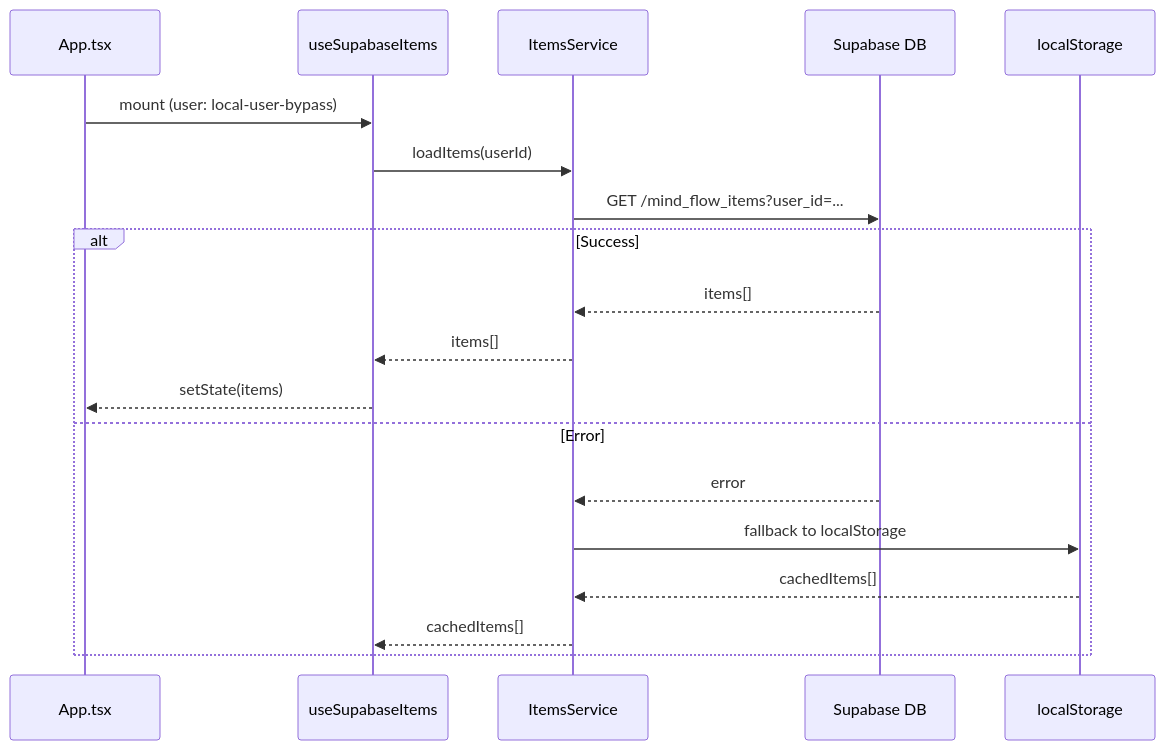
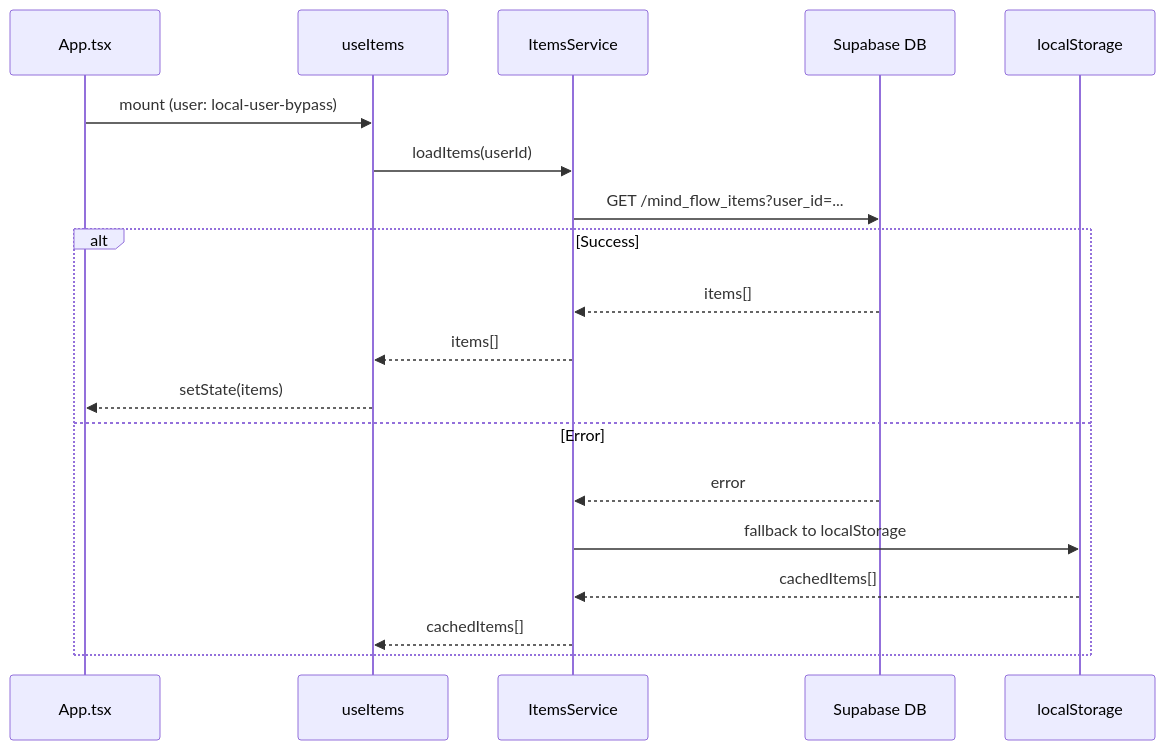
Before and after one commit to guilhermexp/zenith-tasks: the sixth of 6 diagrams in docs/architecture/README.md, drawn with Mermaid. The commit also changed other lines of this file and 52 other files, not shown here.

````diff
--- a/docs/architecture/README.md
+++ b/docs/architecture/README.md
@@ -526,23 +525,23 @@
 ```mermaid
 sequenceDiagram
     participant App as App.tsx
-    participant Hook as useSupabaseItems
+    participant Hook as useItems
     participant Service as ItemsService
     participant Supabase as Supabase DB
     participant LS as localStorage
 
     App->>Hook: mount (user: local-user-bypass)
     Hook->>Service: loadItems(userId)
     Service->>Supabase: GET /mind_flow_items?user_id=...
 
     alt Success
         Supabase-->>Service: items[]
         Service-->>Hook: items[]
         Hook-->>App: setState(items)
     else Error
         Supabase-->>Service: error
         Service->>LS: fallback to localStorage
         LS-->>Service: cachedItems[]
         Service-->>Hook: cachedItems[]
     end
 ```
````
